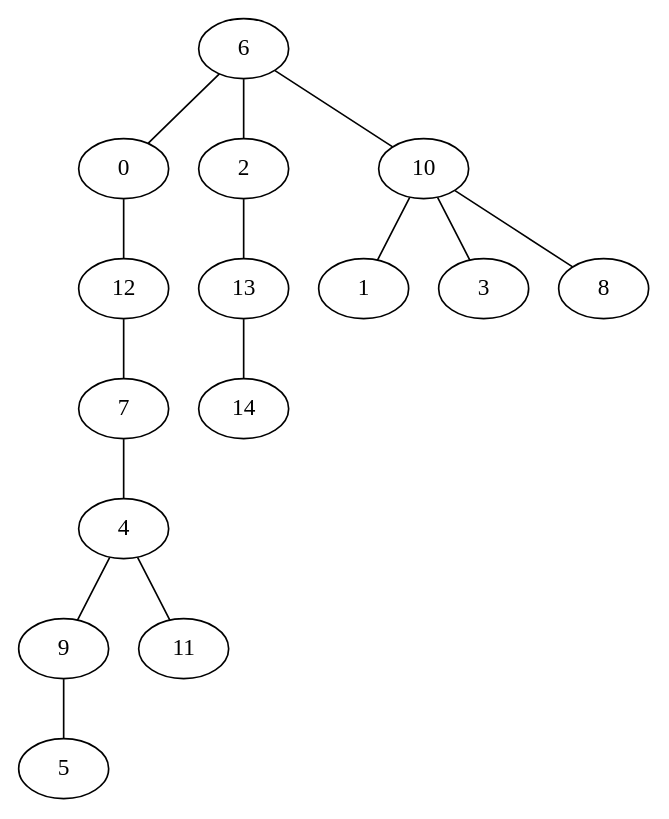
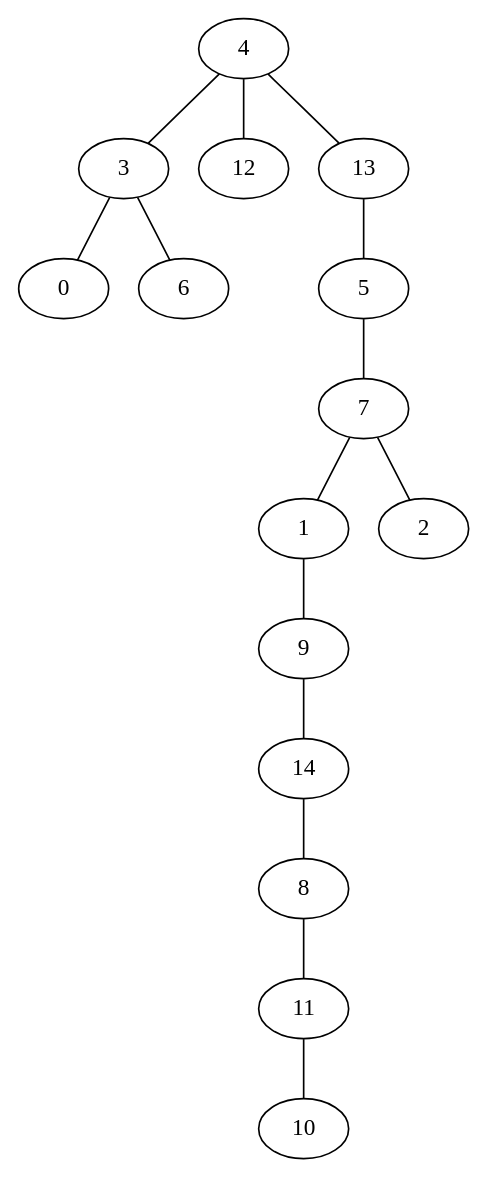
One commit to VillegasGG/greedy-firefighter-problem changed the diagram in pygrapghviz.dot. Above: the diagram before and after it, drawn with Graphviz. The commit also changed 1 other file, not shown here.

```diff
--- a/pygrapghviz.dot
+++ b/pygrapghviz.dot
@@ -1,16 +1,16 @@
 strict graph "" {
-	6 -- 0;
-	6 -- 2;
-	6 -- 10;
-	0 -- 12;
-	2 -- 13;
-	10 -- 1;
-	10 -- 3;
-	10 -- 8;
-	13 -- 14;
-	12 -- 7;
-	7 -- 4;
-	4 -- 9;
-	4 -- 11;
-	9 -- 5;
+	4 -- 3;
+	4 -- 12;
+	4 -- 13;
+	3 -- 0;
+	3 -- 6;
+	13 -- 5;
+	5 -- 7;
+	7 -- 1;
+	7 -- 2;
+	1 -- 9;
+	9 -- 14;
+	14 -- 8;
+	8 -- 11;
+	11 -- 10;
 }
```
